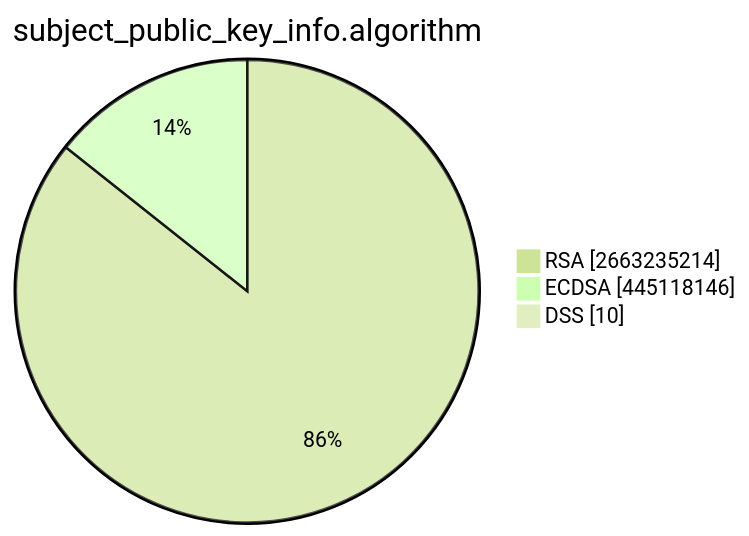
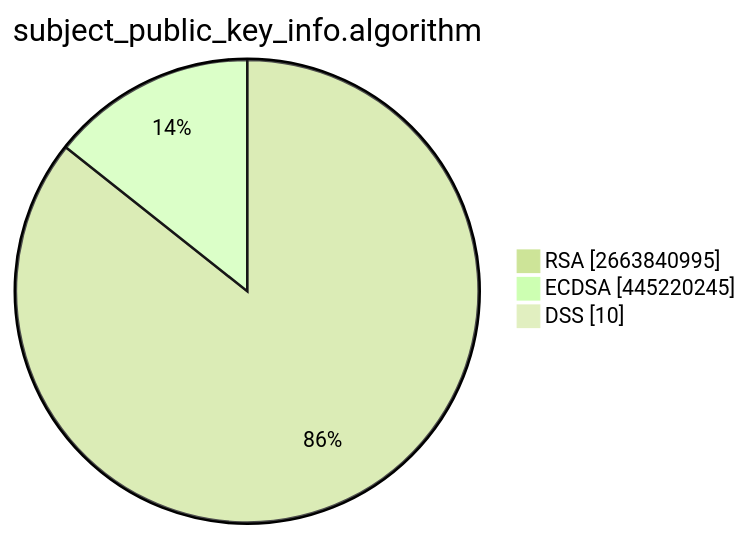
One commit to christiankrug/ctmonitor_visualization changed the second of 15 diagrams in TOTAL/README.md. Above: the diagram before and after it, drawn with Mermaid (forest theme). The commit also changed other lines of this file, not shown here.

````diff
--- a/TOTAL/README.md
+++ b/TOTAL/README.md
@@ -6,7 +6,7 @@
 ```mermaid
 pie showData
 title subject_public_key_info.algorithm
-"RSA" :2663235214
-"ECDSA" :445118146
+"RSA" :2663840995
+"ECDSA" :445220245
 "DSS" :10
 ```
````
